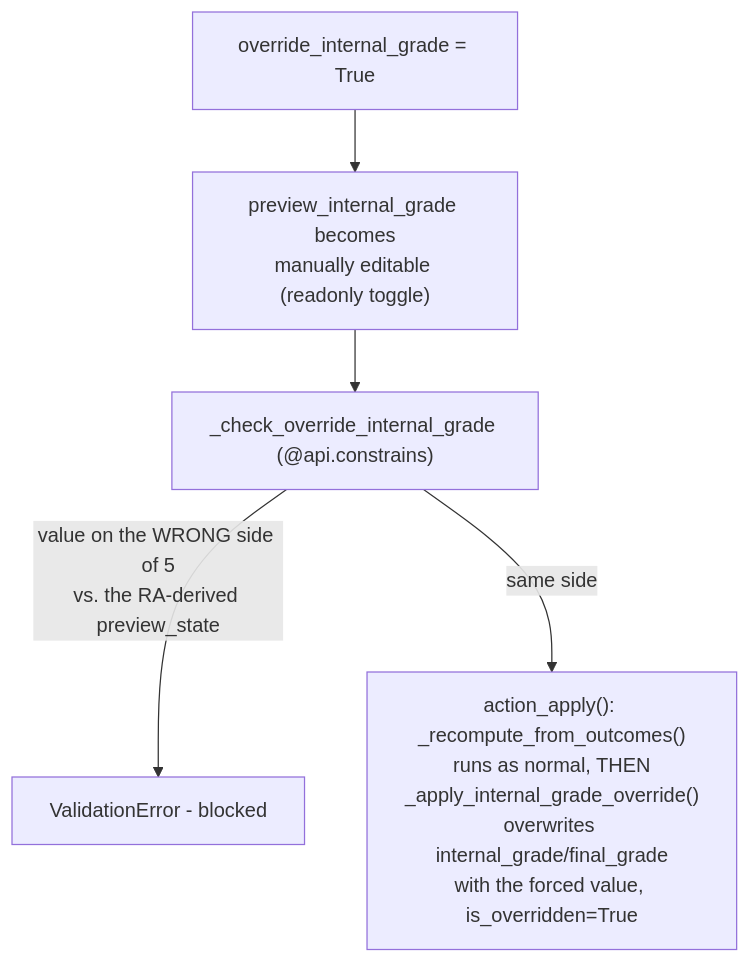
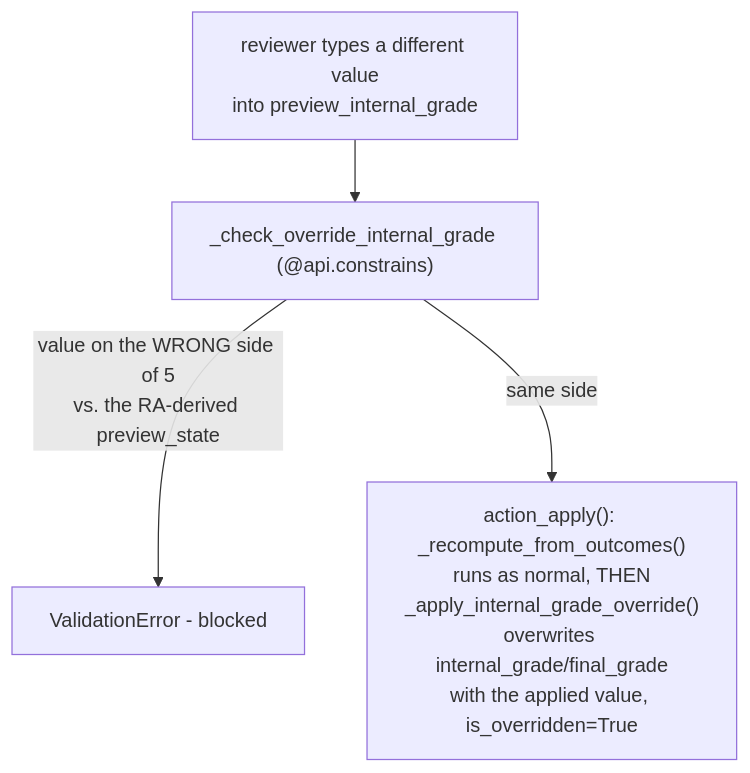
The fourth of 4 diagrams in docs/en/developers/grades/year_record.md (ElPuig/EMS), drawn with Mermaid before and after one commit. The commit also changed other lines of this file and 9 other files, not shown here.

````diff
--- a/docs/en/developers/grades/year_record.md
+++ b/docs/en/developers/grades/year_record.md
@@ -109,7 +116,6 @@
 ```mermaid
 flowchart TD
-    A["override_internal_grade = True"] --> B["preview_internal_grade becomes\nmanually editable (readonly toggle)"]
-    B --> C["_check_override_internal_grade (@api.constrains)"]
+    A["reviewer types a different value\ninto preview_internal_grade"] --> C["_check_override_internal_grade (@api.constrains)"]
     C -- "value on the WRONG side of 5\nvs. the RA-derived preview_state" --> X["ValidationError - blocked"]
-    C -- "same side" --> D["action_apply(): _recompute_from_outcomes()\nruns as normal, THEN\n_apply_internal_grade_override()\noverwrites internal_grade/final_grade\nwith the forced value, is_overridden=True"]
+    C -- "same side" --> D["action_apply(): _recompute_from_outcomes()\nruns as normal, THEN\n_apply_internal_grade_override()\noverwrites internal_grade/final_grade\nwith the applied value, is_overridden=True"]
 ```
````
